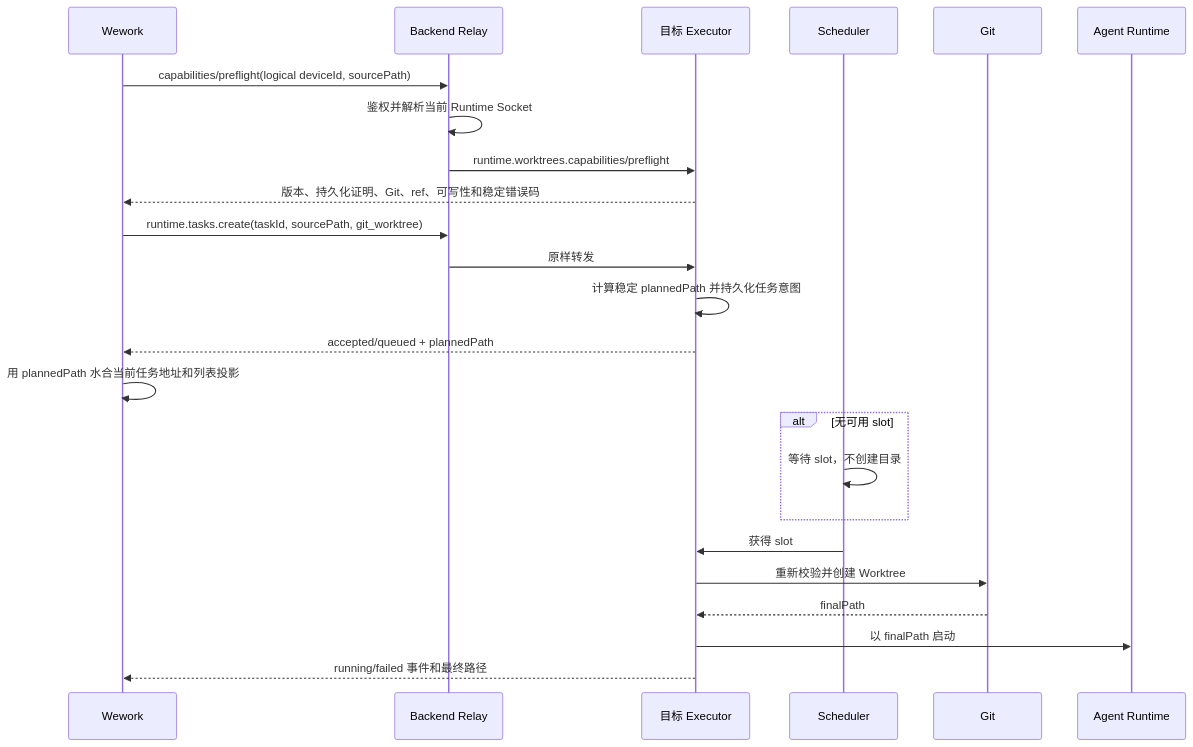
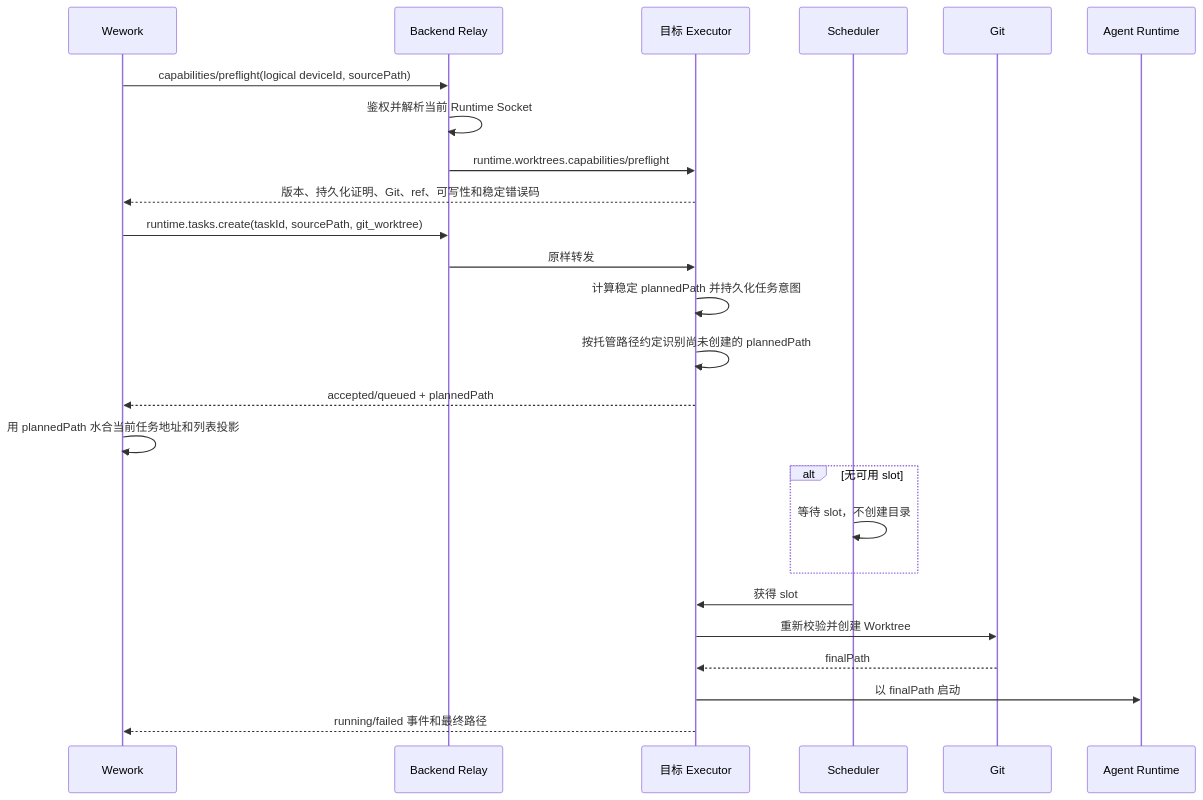
One commit to wecode-ai/wegent-docs changed the second of 3 diagrams in i18n/zh/docusaurus-plugin-content-docs/current/architecture/git-worktree-execution.md. Above: the diagram before and after it, drawn with Mermaid. The commit also changed other lines of this file and 3 other files, not shown here.

````diff
--- a/i18n/zh/docusaurus-plugin-content-docs/current/architecture/git-worktree-execution.md
+++ b/i18n/zh/docusaurus-plugin-content-docs/current/architecture/git-worktree-execution.md
@@ -40,27 +40,28 @@
 ```mermaid
 sequenceDiagram
     participant U as Wework
     participant B as Backend Relay
     participant E as 目标 Executor
     participant S as Scheduler
     participant G as Git
     participant R as Agent Runtime
 
     U->>B: capabilities/preflight(logical deviceId, sourcePath)
     B->>B: 鉴权并解析当前 Runtime Socket
     B->>E: runtime.worktrees.capabilities/preflight
     E-->>U: 版本、持久化证明、Git、ref、可写性和稳定错误码
     U->>B: runtime.tasks.create(taskId, sourcePath, git_worktree)
     B->>E: 原样转发
     E->>E: 计算稳定 plannedPath 并持久化任务意图
+    E->>E: 按托管路径约定识别尚未创建的 plannedPath
     E-->>U: accepted/queued + plannedPath
     U->>U: 用 plannedPath 水合当前任务地址和列表投影
     alt 无可用 slot
         S->>S: 等待 slot，不创建目录
     end
     S->>E: 获得 slot
     E->>G: 重新校验并创建 Worktree
     G-->>E: finalPath
     E->>R: 以 finalPath 启动
     E-->>U: running/failed 事件和最终路径
 ```
````
